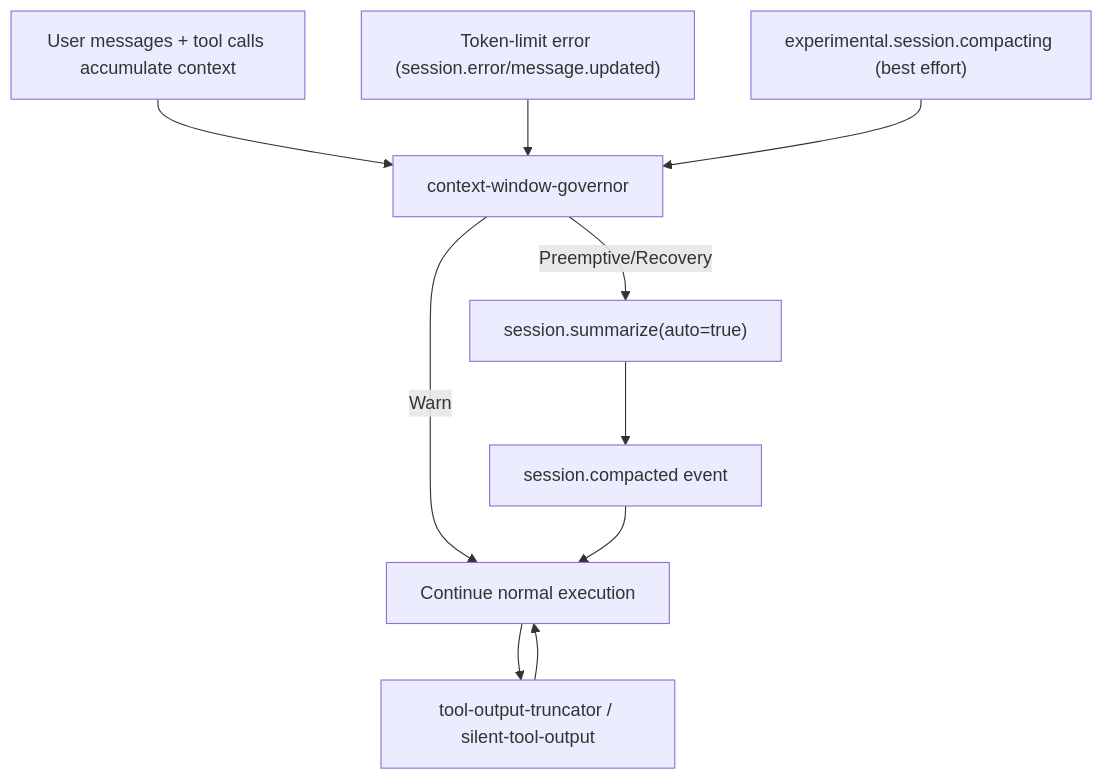
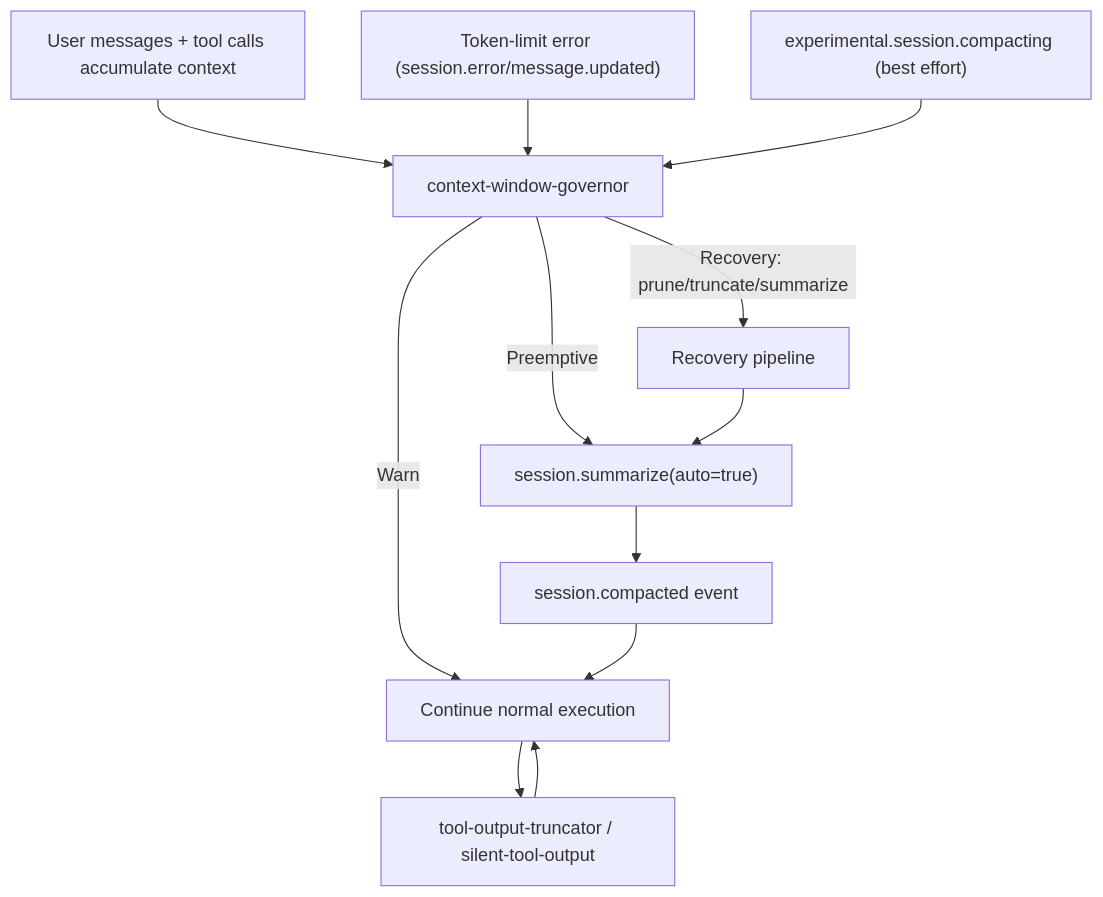
Before and after one commit to arcthur/oh-my-opencode: the diagram in docs/journeys/context-window-management.md, drawn with Mermaid. The commit also changed other lines of this file and 28 other files, not shown here.

````diff
--- a/docs/journeys/context-window-management.md
+++ b/docs/journeys/context-window-management.md
@@ -16,14 +16,16 @@
 ```mermaid
 flowchart TD
   U["User messages + tool calls accumulate context"] --> GOV["context-window-governor"]
   GOV -->|Warn| TOOL["Continue normal execution"]
-  GOV -->|Preemptive/Recovery| SUM["session.summarize(auto=true)"]
+  GOV -->|Preemptive| SUM["session.summarize(auto=true)"]
+  GOV -->|Recovery: prune/truncate/summarize| REC["Recovery pipeline"]
+  REC --> SUM
   SUM --> EVT["session.compacted event"]
   EVT --> TOOL
 
   TOOL --> OUT["tool-output-truncator / silent-tool-output"]
   OUT --> TOOL
 
   ERR["Token-limit error (session.error/message.updated)"] --> GOV
   COMPACT["experimental.session.compacting (best effort)"] --> GOV
 ```
````
